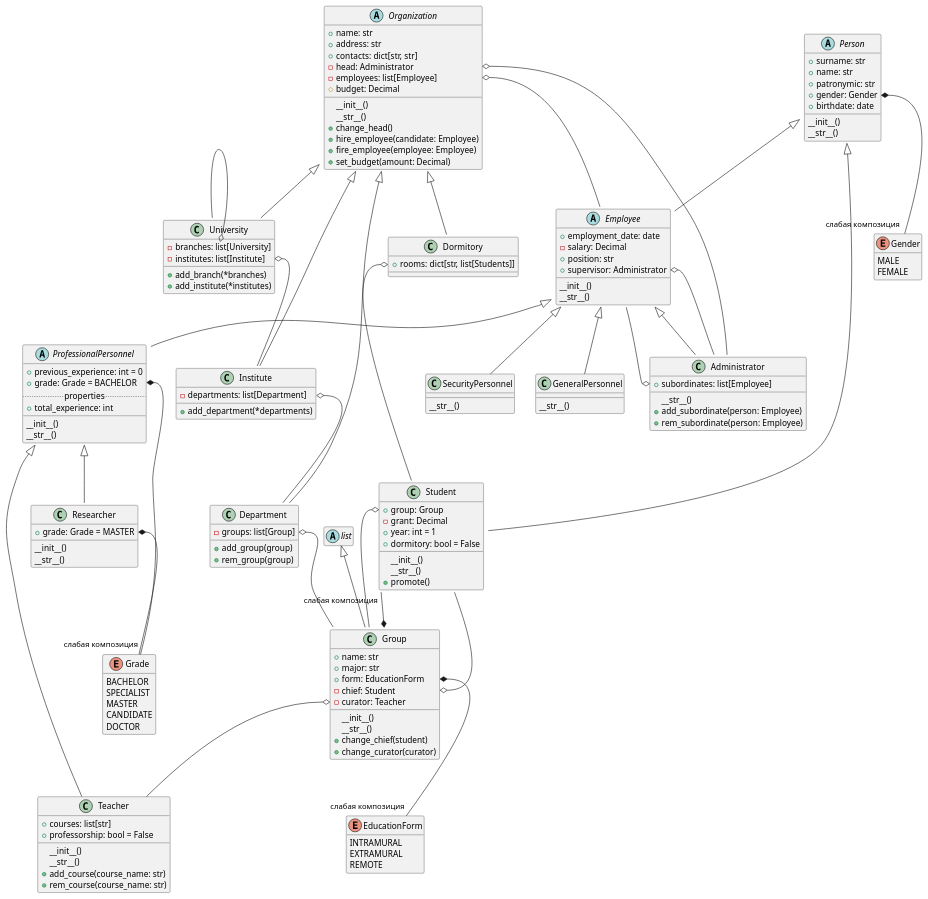
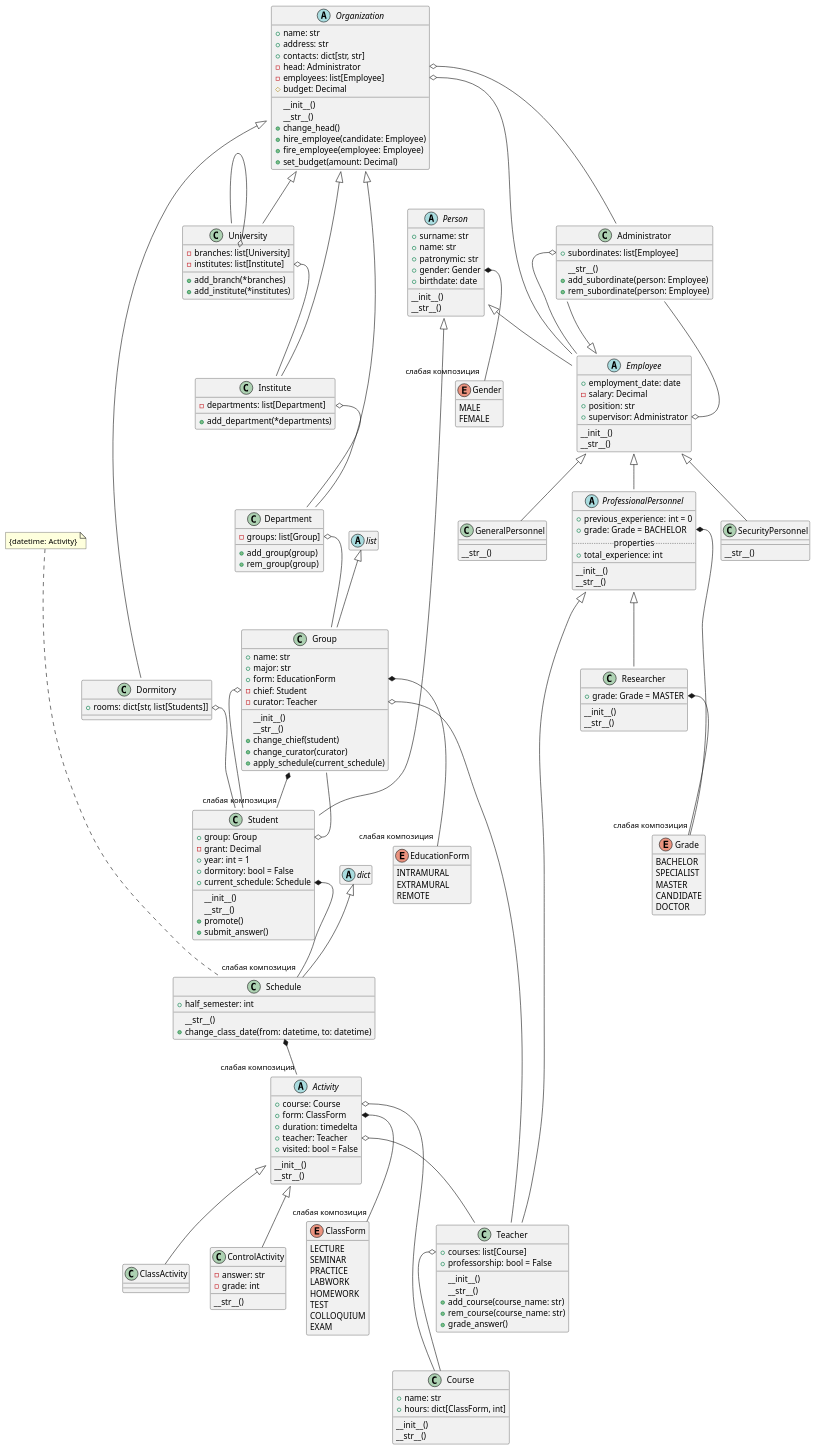
Before and after one commit to TOP-Python223/_scripts: the diagram in university.puml, drawn with PlantUML.

Commit message:
v2.0 — сложная модель классов университета

```diff
--- a/university.puml
+++ b/university.puml
@@ -1,12 +1,12 @@
 @startuml
 
 hide enum empty members
+hide abstract empty members
 
 enum Gender {
     MALE
     FEMALE
 }
-
 enum Grade {
     BACHELOR
     SPECIALIST
@@ -14,11 +14,20 @@
     CANDIDATE
     DOCTOR
 }
-
 enum EducationForm {
     INTRAMURAL
     EXTRAMURAL
     REMOTE
+}
+enum ClassForm {
+    LECTURE
+    SEMINAR
+    PRACTICE
+    LABWORK
+    HOMEWORK
+    TEST
+    COLLOQUIUM
+    EXAM
 }
 
 
@@ -76,7 +85,6 @@
 
 
 abstract class list
-hide list empty members
 list <|-- Group
 
 
@@ -90,6 +98,7 @@
     __str__()
     +change_chief(student)
     +change_curator(curator)
+    +apply_schedule(current_schedule)
 }
 Group *-- "слабая композиция" Student
 Group::form *-- "слабая композиция" EducationForm
@@ -97,26 +106,79 @@
 Group::curator o-- Teacher
 
 
+abstract class dict
+dict <|-- Schedule
+
+
+note "{datetime: Activity}" as schedule_description
+class Schedule {
+    +half_semester: int
+    __str__()
+    +change_class_date(from: datetime, to: datetime)
+}
+Schedule *-- "слабая композиция" Activity
+Schedule ..up.. schedule_description
+
+
+class Course {
+    +name: str
+    +hours: dict[ClassForm, int]
+    __init__()
+    __str__()
+}
+
+
+abstract class Activity {
+    +course: Course
+    +form: ClassForm
+    +duration: timedelta
+    +teacher: Teacher
+    +visited: bool = False
+    __init__()
+    __str__()
+}
+Activity <|-- ClassActivity
+Activity <|-- ControlActivity
+Activity::course o-- Course
+Activity::form *-- "слабая композиция" ClassForm
+Activity::teacher o-- Teacher
+
+
+class ClassActivity
+
+
+class ControlActivity {
+    -answer: str
+    -grade: int
+    __str__()
+}
+
+
 class Student {
     +group: Group
     -grant: Decimal
     +year: int = 1
     +dormitory: bool = False
+    +current_schedule: Schedule
     __init__()
     __str__()
     +promote()
+    +submit_answer()
 }
 Student::group o-- Group
+Student::current_schedule *-- "слабая композиция" Schedule
 
 
 class Teacher {
-    +courses: list[str]
+    +courses: list[Course]
     +professorship: bool = False
     __init__()
     __str__()
     +add_course(course_name: str)
     +rem_course(course_name: str)
+    +grade_answer()
 }
+Teacher::courses o-- Course
 
 
 class Researcher {
```
